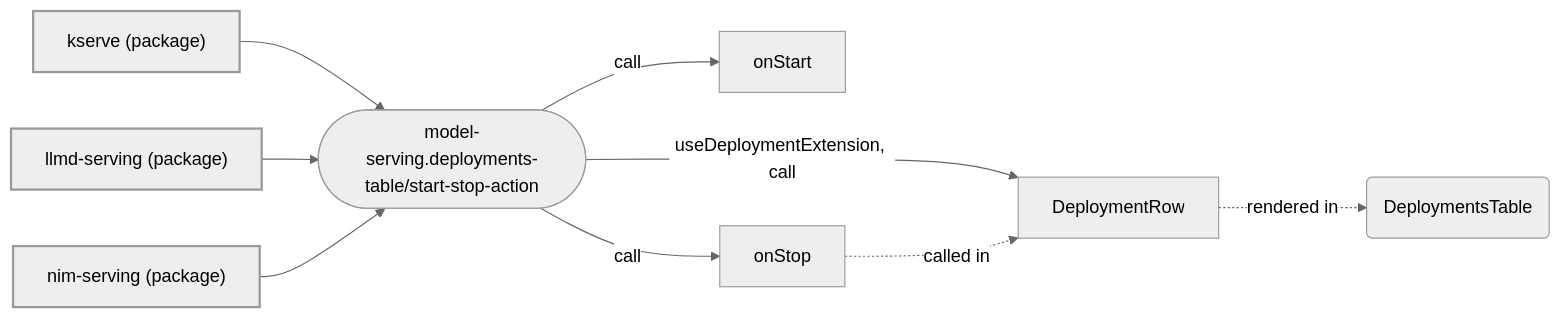
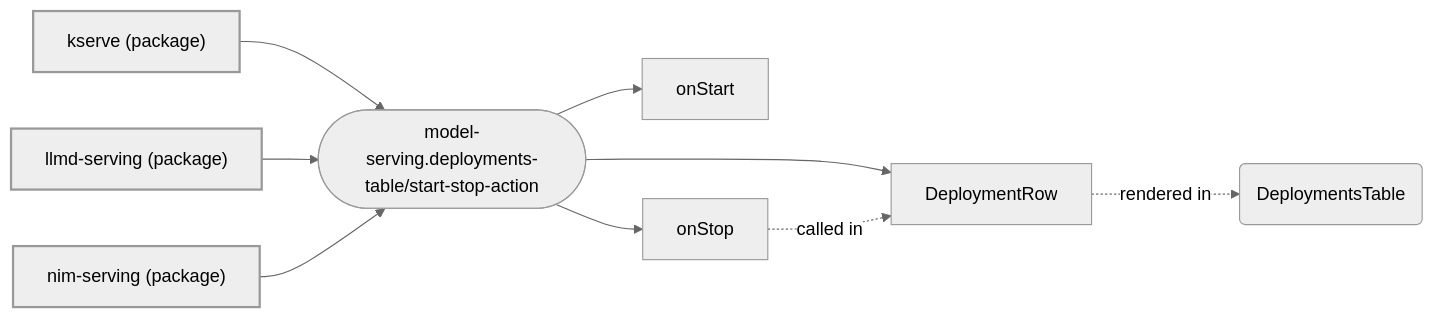
Before and after one commit to mturley/odh-dashboard: diagram 12 of 19 in packages/model-serving/docs/extensions.md, drawn with Mermaid (neutral theme). The commit also changed other lines of this file and 28 other files, not shown here.

````diff
--- a/packages/model-serving/docs/extensions.md
+++ b/packages/model-serving/docs/extensions.md
@@ -729,21 +802,21 @@
 ```mermaid
 flowchart LR
   classDef pkg stroke-width:2px
   classDef point stroke-width:1px
   n_pkg__odh_dashboard_kserve_5ec96a["kserve (package)"]:::pkg
   n_pkg__odh_dashboard_llmd_serving_3e146e["llmd-serving (package)"]:::pkg
   n_pkg__odh_dashboard_nim_serving_241793["nim-serving (package)"]:::pkg
   n_model_serving_deployments_table_start_stop_action_ea2e4f(["model-serving.deployments-table/start-stop-action"]):::point
   n_pkg__odh_dashboard_kserve_5ec96a --> n_model_serving_deployments_table_start_stop_action_ea2e4f
   n_pkg__odh_dashboard_llmd_serving_3e146e --> n_model_serving_deployments_table_start_stop_action_ea2e4f
   n_pkg__odh_dashboard_nim_serving_241793 --> n_model_serving_deployments_table_start_stop_action_ea2e4f
   n_symbol_packages_model_serving_src_components_deployments_row_DeploymentsTableRow_tsx_DeploymentRow_4a6253["DeploymentRow"]
-  n_model_serving_deployments_table_start_stop_action_ea2e4f -- "useDeploymentExtension, call" --> n_symbol_packages_model_serving_src_components_deployments_row_DeploymentsTableRow_tsx_DeploymentRow_4a6253
+  n_model_serving_deployments_table_start_stop_action_ea2e4f --> n_symbol_packages_model_serving_src_components_deployments_row_DeploymentsTableRow_tsx_DeploymentRow_4a6253
   n_symbol_packages_model_serving_src_components_deployments_row_DeploymentsTableRow_tsx_onStart_650205["onStart"]
-  n_model_serving_deployments_table_start_stop_action_ea2e4f -- "call" --> n_symbol_packages_model_serving_src_components_deployments_row_DeploymentsTableRow_tsx_onStart_650205
+  n_model_serving_deployments_table_start_stop_action_ea2e4f --> n_symbol_packages_model_serving_src_components_deployments_row_DeploymentsTableRow_tsx_onStart_650205
   n_symbol_packages_model_serving_src_components_deployments_row_DeploymentsTableRow_tsx_onStop_e04257["onStop"]
-  n_model_serving_deployments_table_start_stop_action_ea2e4f -- "call" --> n_symbol_packages_model_serving_src_components_deployments_row_DeploymentsTableRow_tsx_onStop_e04257
+  n_model_serving_deployments_table_start_stop_action_ea2e4f --> n_symbol_packages_model_serving_src_components_deployments_row_DeploymentsTableRow_tsx_onStop_e04257
   n_symbol_packages_model_serving_src_components_deployments_DeploymentsTable_tsx_DeploymentsTable_e63685("DeploymentsTable")
   n_symbol_packages_model_serving_src_components_deployments_row_DeploymentsTableRow_tsx_DeploymentRow_4a6253 -. "rendered in" .-> n_symbol_packages_model_serving_src_components_deployments_DeploymentsTable_tsx_DeploymentsTable_e63685
   n_symbol_packages_model_serving_src_components_deployments_row_DeploymentsTableRow_tsx_onStop_e04257 -. "called in" .-> n_symbol_packages_model_serving_src_components_deployments_row_DeploymentsTableRow_tsx_DeploymentRow_4a6253
 ```
````
